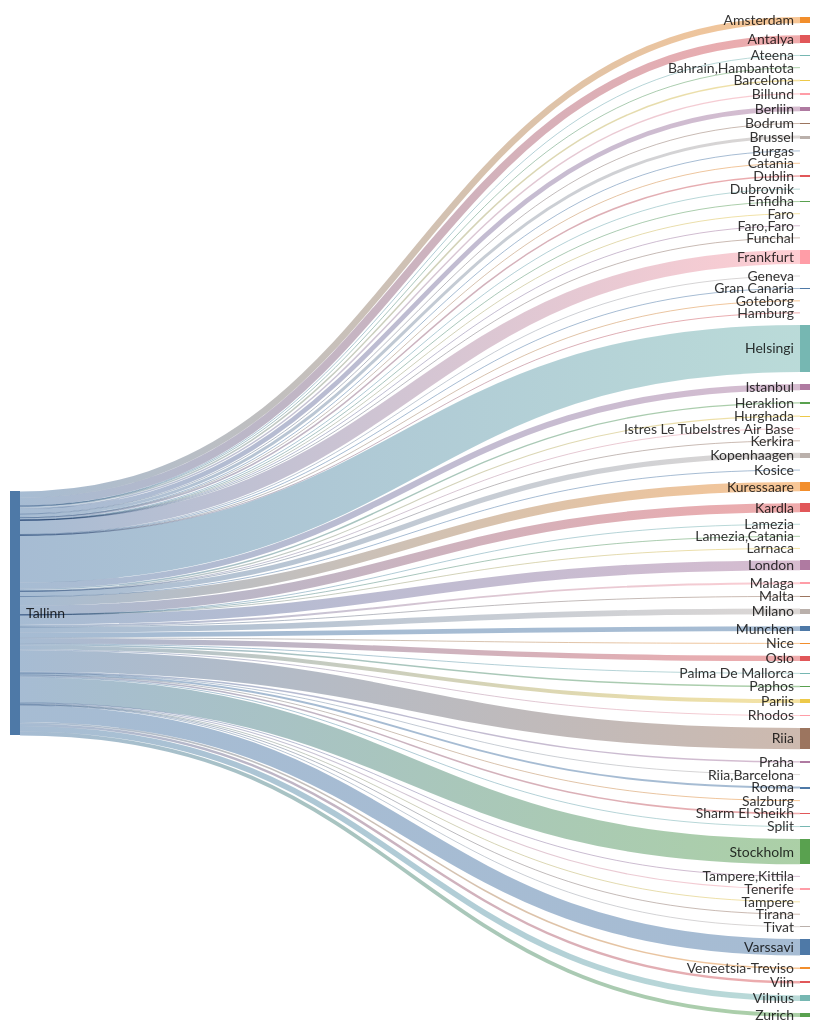
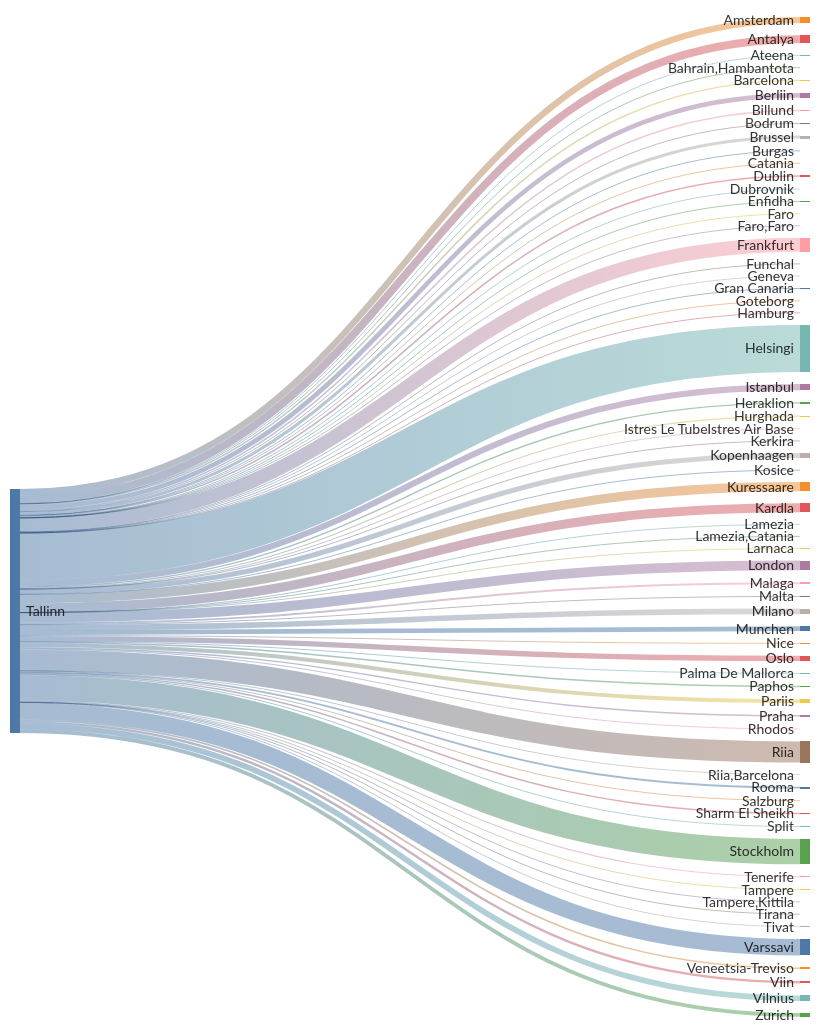
Before and after one commit to rainermesi/tll-airport-departures: the second of 2 diagrams in README.md, drawn with Mermaid. The commit also changed other lines of this file, not shown here.

````diff
--- a/README.md
+++ b/README.md
@@ -34,77 +34,77 @@
 ```mermaid
 ---
 config:
   sankey:
     showValues: false
     width: 800
     height: 1000
 ---
 sankey-beta
 %% source,target,value
-Tallinn,Amsterdam,215
+Tallinn,Amsterdam,217
 Tallinn,Antalya,264
 Tallinn,Ateena,16
 Tallinn,"Bahrain,Hambantota",1
 Tallinn,Barcelona,50
-Tallinn,Berliin,157
+Tallinn,Berliin,158
 Tallinn,Billund,49
 Tallinn,Bodrum,11
-Tallinn,Brussel,100
+Tallinn,Brussel,101
 Tallinn,Burgas,21
 Tallinn,Catania,2
-Tallinn,Dublin,51
+Tallinn,Dublin,52
 Tallinn,Dubrovnik,21
 Tallinn,Enfidha,7
 Tallinn,Faro,4
 Tallinn,"Faro,Faro",1
-Tallinn,Frankfurt,470
+Tallinn,Frankfurt,473
 Tallinn,Funchal,5
 Tallinn,Geneva,5
 Tallinn,Gran Canaria,25
 Tallinn,Goteborg,1
 Tallinn,Hamburg,1
-Tallinn,Helsingi,1585
+Tallinn,Helsingi,1594
 Tallinn,Heraklion,46
 Tallinn,Hurghada,37
-Tallinn,Istanbul,206
+Tallinn,Istanbul,208
 Tallinn,Istres Le TubeIstres Air Base,2
 Tallinn,Kerkira,4
-Tallinn,Kopenhaagen,174
+Tallinn,Kopenhaagen,175
 Tallinn,Kosice,1
-Tallinn,Kuressaare,305
-Tallinn,Kardla,305
+Tallinn,Kuressaare,307
+Tallinn,Kardla,307
 Tallinn,Lamezia,1
 Tallinn,"Lamezia,Catania",3
 Tallinn,Larnaca,4
-Tallinn,London,328
+Tallinn,London,329
 Tallinn,Malaga,64
 Tallinn,Malta,15
-Tallinn,Milano,190
+Tallinn,Milano,191
 Tallinn,Munchen,159
 Tallinn,Nice,25
-Tallinn,Oslo,179
+Tallinn,Oslo,180
 Tallinn,Palma De Mallorca,19
-Tallinn,Paphos,50
-Tallinn,Pariis,132
+Tallinn,Paphos,51
+Tallinn,Pariis,133
 Tallinn,Praha,49
 Tallinn,Rhodos,32
-Tallinn,Riia,709
+Tallinn,Riia,713
 Tallinn,"Riia,Barcelona",1
 Tallinn,Rooma,64
 Tallinn,Salzburg,6
 Tallinn,Sharm El Sheikh,51
 Tallinn,Split,25
-Tallinn,Stockholm,851
+Tallinn,Stockholm,854
 Tallinn,Tampere,17
 Tallinn,"Tampere,Kittila",6
-Tallinn,Tenerife,37
+Tallinn,Tenerife,38
 Tallinn,Tirana,8
 Tallinn,Tivat,26
-Tallinn,Varssavi,548
+Tallinn,Varssavi,551
 Tallinn,Veneetsia-Treviso,52
-Tallinn,Viin,82
-Tallinn,Vilnius,190
-Tallinn,Zurich,128
+Tallinn,Viin,83
+Tallinn,Vilnius,191
+Tallinn,Zurich,129
 
 
 ```
````
